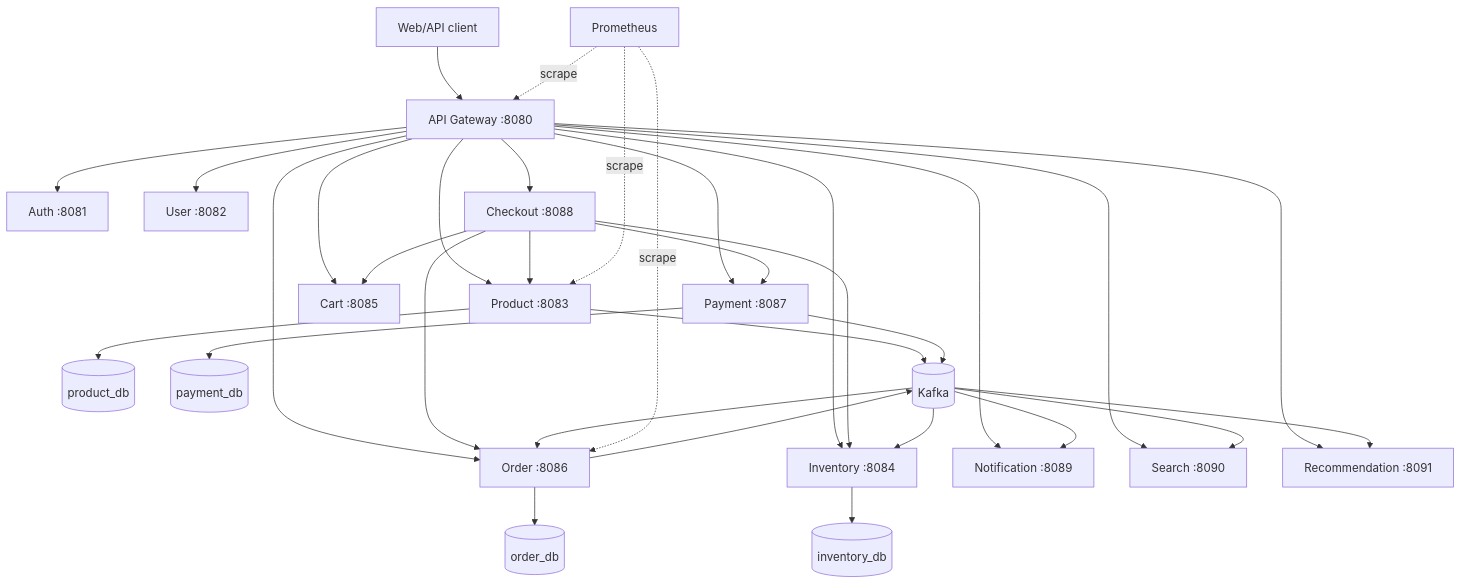
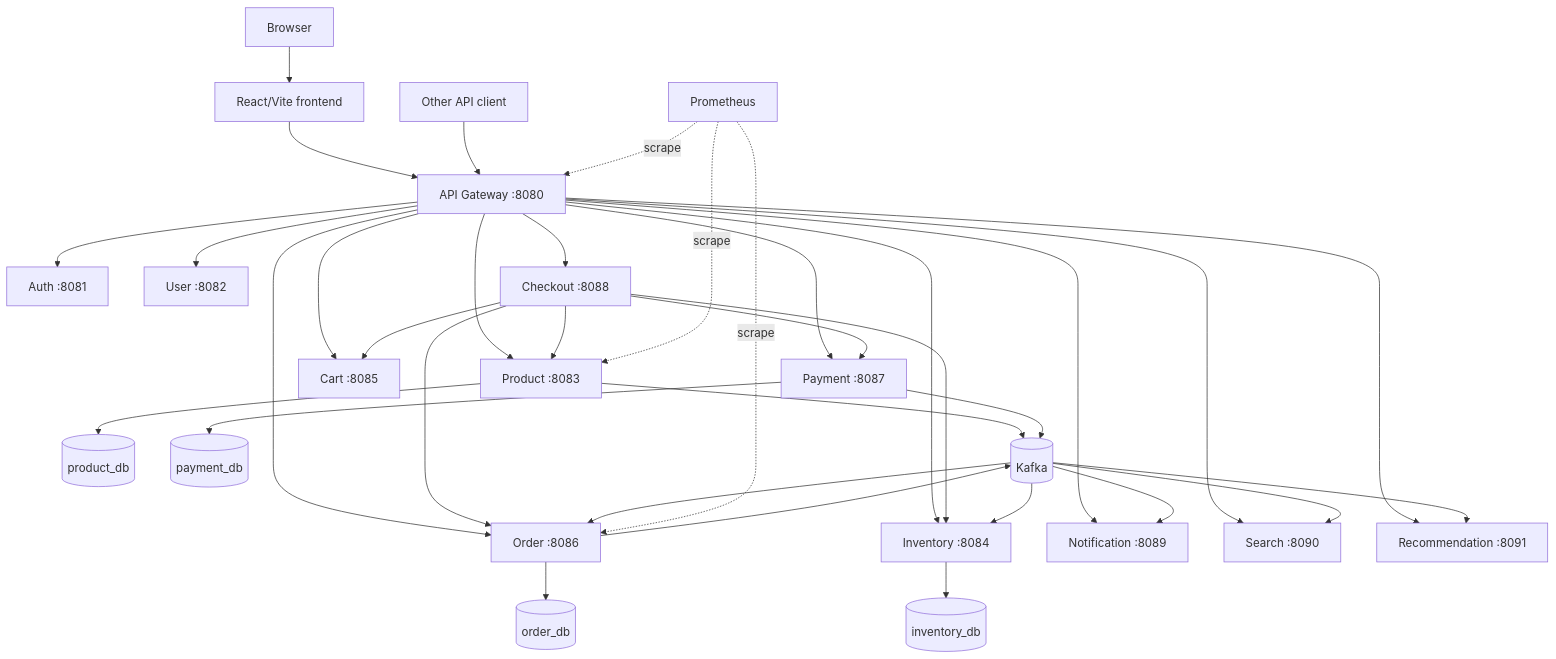
The first of 3 diagrams in docs/architecture/system-overview.md (Sumedha1604/microservices-commerce-platform), drawn with Mermaid before and after one commit. The commit also changed other lines of this file and 58 other files, not shown here.

````diff
--- a/docs/architecture/system-overview.md
+++ b/docs/architecture/system-overview.md
@@ -33,25 +33,27 @@
 ```mermaid
 flowchart TB
-  Client[Web/API client] --> Gateway[API Gateway :8080]
+  Browser --> Frontend[React/Vite frontend]
+  Frontend --> Gateway[API Gateway :8080]
+  APIClient[Other API client] --> Gateway
   Gateway --> Auth[Auth :8081]
   Gateway --> User[User :8082]
   Gateway --> Product[Product :8083]
   Gateway --> Inventory[Inventory :8084]
   Gateway --> Cart[Cart :8085]
   Gateway --> Order[Order :8086]
   Gateway --> Payment[Payment :8087]
   Gateway --> Checkout[Checkout :8088]
   Gateway --> Notification[Notification :8089]
   Gateway --> Search[Search :8090]
   Gateway --> Recommendation[Recommendation :8091]
   Checkout --> Cart & Product & Inventory & Order & Payment
   Product --> ProductDB[(product_db)]
   Payment --> PaymentDB[(payment_db)]
   Order --> OrderDB[(order_db)]
   Inventory --> InventoryDB[(inventory_db)]
   Product --> Kafka[(Kafka)]
   Payment --> Kafka
   Order --> Kafka
   Kafka --> Search & Recommendation & Order & Notification & Inventory
   Prometheus[Prometheus] -. scrape .-> Gateway & Product & Order
 ```
````
